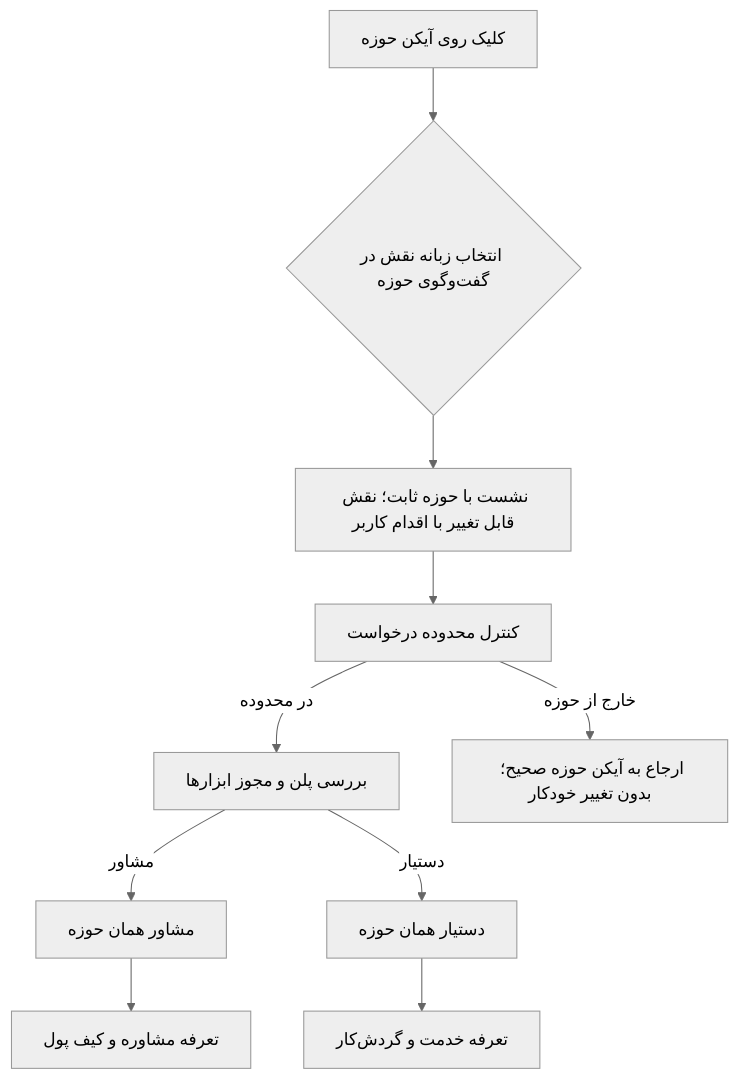
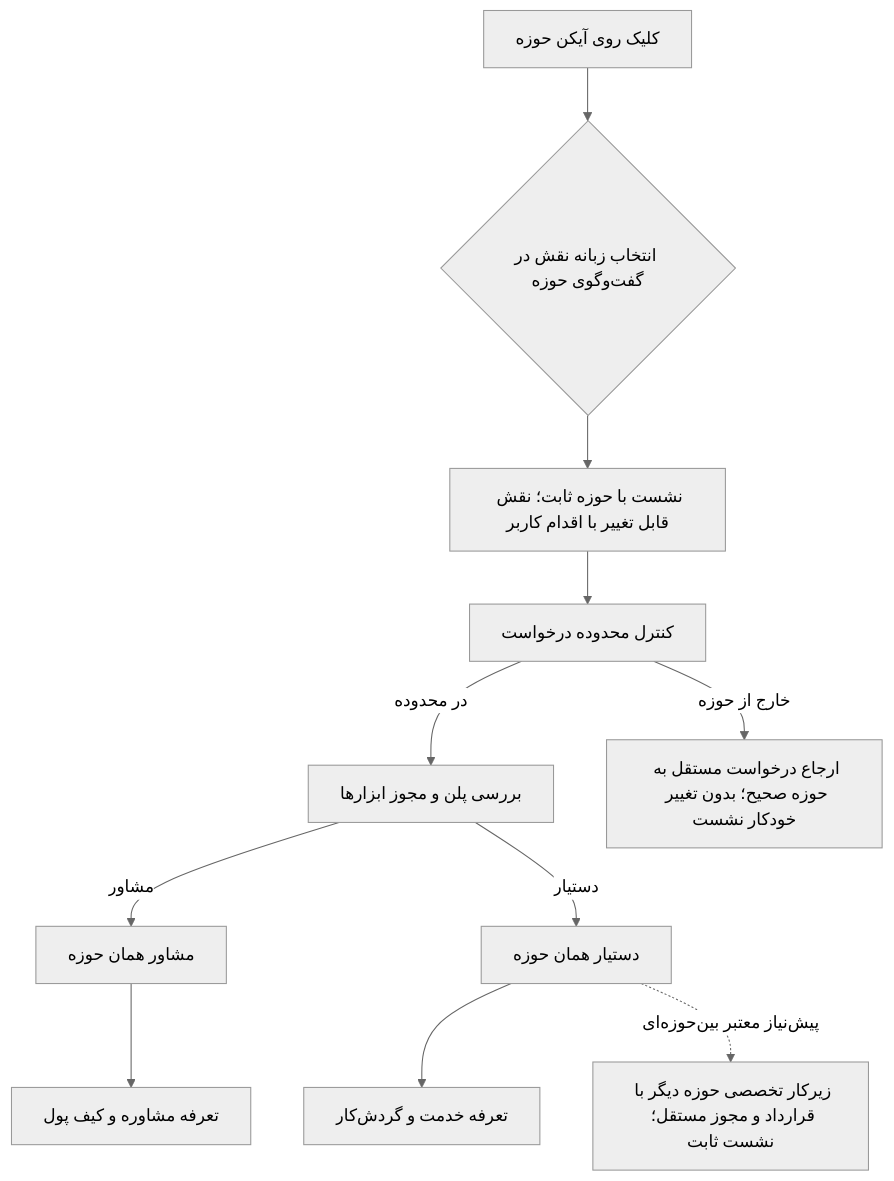
The sixth of 26 diagrams in docs/SHAHAB_PHASE_2_DEVELOPMENT_BLUEPRINT.md (Brotherlouiee/shahab-demo), drawn with Mermaid (neutral theme) before and after one commit. The commit also changed other lines of this file, not shown here.

````diff
--- a/docs/SHAHAB_PHASE_2_DEVELOPMENT_BLUEPRINT.md
+++ b/docs/SHAHAB_PHASE_2_DEVELOPMENT_BLUEPRINT.md
@@ -860,18 +862,20 @@
 ```mermaid
 flowchart TD
     A["کلیک روی آیکن حوزه"]
     B{"انتخاب زبانه نقش در گفت‌وگوی حوزه"}
     C["نشست با حوزه ثابت؛ نقش قابل تغییر با اقدام کاربر"]
     D["کنترل محدوده درخواست"]
     E["بررسی پلن و مجوز ابزارها"]
     F["مشاور همان حوزه"]
     G["دستیار همان حوزه"]
-    H["ارجاع به آیکن حوزه صحیح؛ بدون تغییر خودکار"]
+    H["ارجاع درخواست مستقل به حوزه صحیح؛ بدون تغییر خودکار نشست"]
+    X["زیرکار تخصصی حوزه دیگر با قرارداد و مجوز مستقل؛ نشست ثابت"]
     I["تعرفه مشاوره و کیف پول"]
     J["تعرفه خدمت و گردش‌کار"]
     A --> B --> C --> D
     D -->|خارج از حوزه| H
     D -->|در محدوده| E
     E -->|مشاور| F --> I
     E -->|دستیار| G --> J
+    G -. "پیش‌نیاز معتبر بین‌حوزه‌ای" .-> X
 ```
````
